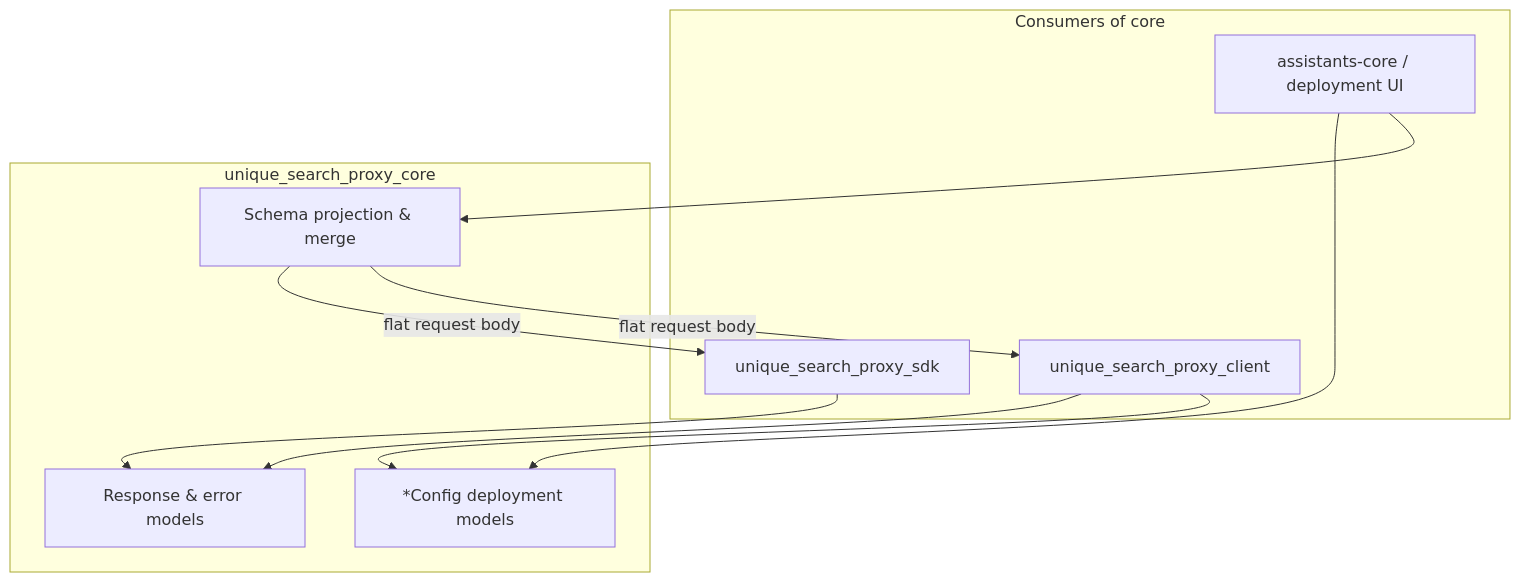
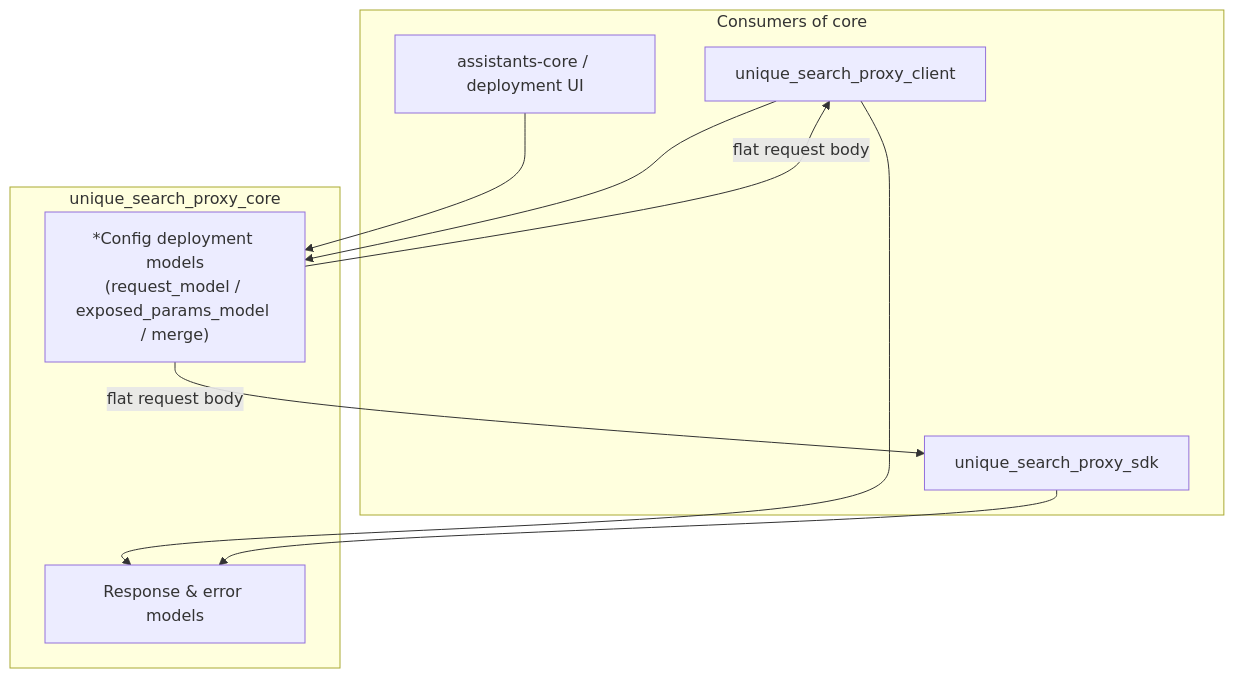
One commit to Unique-AG/ai changed the first of 2 diagrams in connectors/unique_search_proxy/unique_search_proxy_core/README.md. Above: the diagram before and after it, drawn with Mermaid. The commit also changed other lines of this file and 65 other files, not shown here.

````diff
--- a/connectors/unique_search_proxy/unique_search_proxy_core/README.md
+++ b/connectors/unique_search_proxy/unique_search_proxy_core/README.md
@@ -25,22 +25,20 @@
 ```mermaid
 flowchart TB
     subgraph consumers["Consumers of core"]
         Client["unique_search_proxy_client"]
         SDK["unique_search_proxy_sdk"]
         AC["assistants-core / deployment UI"]
     end
 
     subgraph core["unique_search_proxy_core"]
         Contracts["Response & error models"]
-        Config["*Config deployment models"]
-        Project["Schema projection & merge"]
+        Config["*Config deployment models\n(request_model / exposed_params_model / merge)"]
     end
 
     AC --> Config
-    AC --> Project
     Client --> Contracts
     Client --> Config
     SDK --> Contracts
-    Project -->|"flat request body"| SDK
-    Project -->|"flat request body"| Client
+    Config -->|"flat request body"| SDK
+    Config -->|"flat request body"| Client
 ```
````
